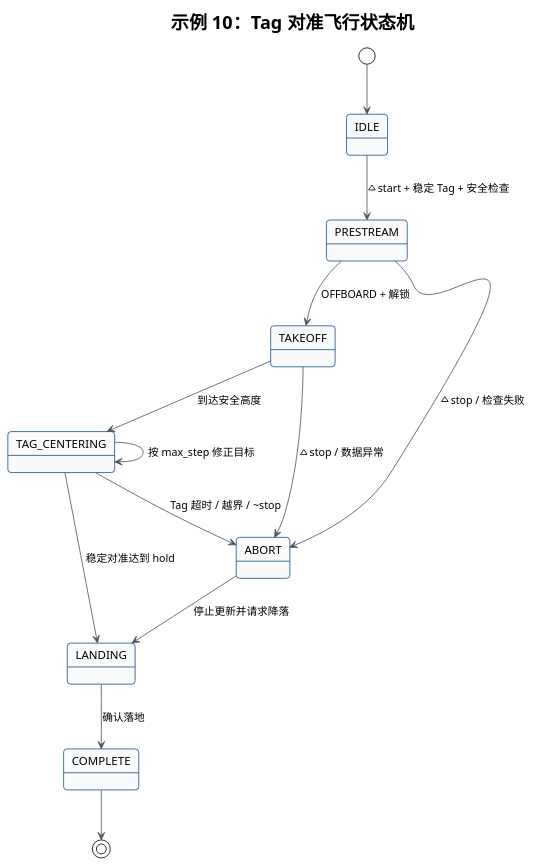
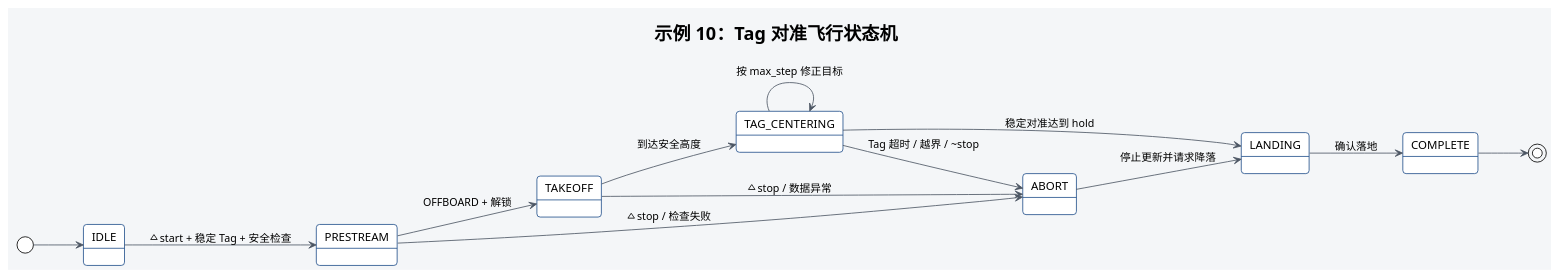
Before and after one commit to 6hao666/robotac: the diagram in docs/diagrams/tutorial-10-tag-centering-flight.puml, drawn with PlantUML. The commit also changed 51 other files, not shown here.

Commit message:
docs: standardize PlantUML diagram layout

```diff
--- a/docs/diagrams/tutorial-10-tag-centering-flight.puml
+++ b/docs/diagrams/tutorial-10-tag-centering-flight.puml
@@ -1,23 +1,24 @@
 @startuml
 !theme plain
-skinparam backgroundColor transparent
+skinparam backgroundColor #F4F6F8
 skinparam shadowing false
 skinparam roundcorner 8
 skinparam defaultFontName SansSerif
 skinparam ArrowColor #4B5563
-skinparam stateBackgroundColor #F8FAFC
+skinparam stateBackgroundColor #FFFFFF
 skinparam stateBorderColor #24528C
+left to right direction
 title 示例 10：Tag 对准飞行状态机
 [*] --> IDLE
 IDLE --> PRESTREAM : ~start + 稳定 Tag + 安全检查
 PRESTREAM --> TAKEOFF : OFFBOARD + 解锁
 TAKEOFF --> TAG_CENTERING : 到达安全高度
 TAG_CENTERING --> TAG_CENTERING : 按 max_step 修正目标
 TAG_CENTERING --> LANDING : 稳定对准达到 hold
 LANDING --> COMPLETE : 确认落地
 COMPLETE --> [*]
 PRESTREAM --> ABORT : ~stop / 检查失败
 TAKEOFF --> ABORT : ~stop / 数据异常
 TAG_CENTERING --> ABORT : Tag 超时 / 越界 / ~stop
 ABORT --> LANDING : 停止更新并请求降落
 @enduml
```
